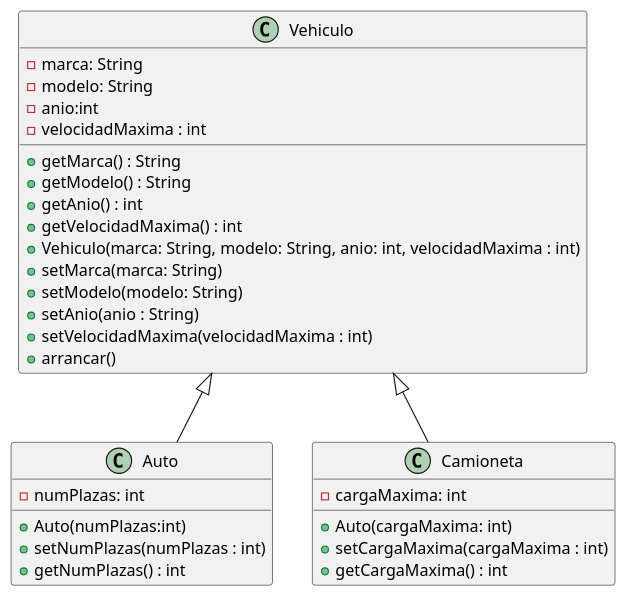
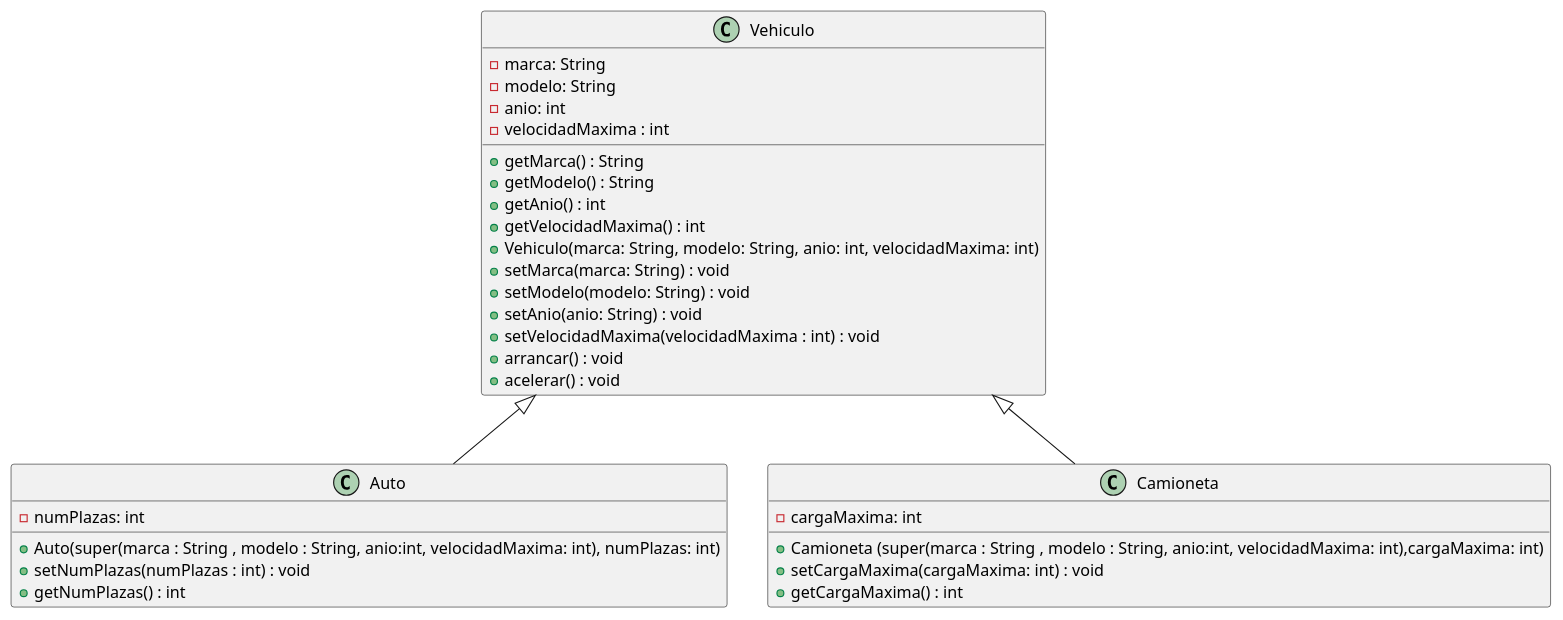
One commit to SanchezMarioo/1-DAM changed the diagram in Entornos_Desarrollo/UML/Ejer1.puml. Above: the diagram before and after it, drawn with PlantUML. The commit also changed 3 other files, not shown here.

Commit message:
ADD: Agregar diagramas UML para Ejer2 y actualizar Ejer1 y prueba.puml

```diff
--- a/Entornos_Desarrollo/UML/Ejer1.puml
+++ b/Entornos_Desarrollo/UML/Ejer1.puml
@@ -1,34 +1,35 @@
-@startuml
+@startuml Vehiculo
 
 class Vehiculo {
-    -marca: String
-    -modelo: String
-    -anio:int
-    -velocidadMaxima : int
-    +getMarca() : String
-    +getModelo() : String
-    +getAnio() : int
-    +getVelocidadMaxima() : int
-    +Vehiculo(marca: String, modelo: String, anio: int, velocidadMaxima : int)
-    +setMarca(marca: String)
-    +setModelo(modelo: String)
-    +setAnio(anio : String)
-    +setVelocidadMaxima(velocidadMaxima : int)
-    +arrancar()
+    - marca: String
+    - modelo: String
+    - anio: int
+    - velocidadMaxima : int
+    + getMarca() : String
+    + getModelo() : String
+    + getAnio() : int
+    + getVelocidadMaxima() : int
+    + Vehiculo(marca: String, modelo: String, anio: int, velocidadMaxima: int)
+    + setMarca(marca: String) : void
+    + setModelo(modelo: String) : void
+    + setAnio(anio: String) : void
+    + setVelocidadMaxima(velocidadMaxima : int) : void
+    + arrancar() : void
+    + acelerar() : void
 }
 class Auto{
     - numPlazas: int
-    + Auto(numPlazas:int)
-    +setNumPlazas(numPlazas : int)
+    + Auto(super(marca : String , modelo : String, anio:int, velocidadMaxima: int), numPlazas: int)
+    + setNumPlazas(numPlazas : int) : void
     + getNumPlazas() : int
 }
 class Camioneta{
     - cargaMaxima: int
-    + Auto(cargaMaxima: int)
-    + setCargaMaxima(cargaMaxima : int)
+    + Camioneta (super(marca : String , modelo : String, anio:int, velocidadMaxima: int),cargaMaxima: int)
+    + setCargaMaxima(cargaMaxima: int) : void
     + getCargaMaxima() : int
 }
 
 Vehiculo <|-- Auto
 Vehiculo <|-- Camioneta
 @enduml
```
